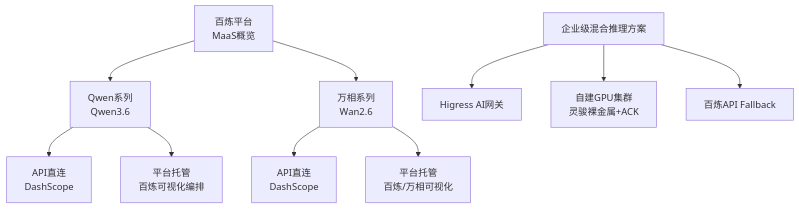
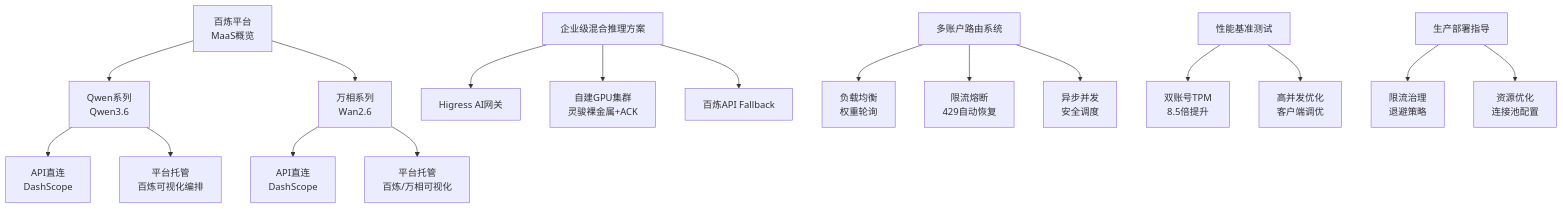
The first of 8 diagrams in .qoder/repowiki/zh/content/知识库组织结构/厂商知识库/阿里云知识库/MaaS（百炼平台）.md (EthanNiWorld/AI-Native-SA-2026), drawn with Mermaid before and after one commit. The commit also changed other lines of this file and 7 other files, not shown here.

````diff
--- a/.qoder/repowiki/zh/content/知识库组织结构/厂商知识库/阿里云知识库/MaaS（百炼平台）.md
+++ b/.qoder/repowiki/zh/content/知识库组织结构/厂商知识库/阿里云知识库/MaaS（百炼平台）.md
@@ -37,12 +56,19 @@
 ```mermaid
 graph TB
 A["百炼平台<br/>MaaS概览"] --> B["Qwen系列<br/>Qwen3.6"]
 A --> C["万相系列<br/>Wan2.6"]
 B --> B1["API直连<br/>DashScope"]
 B --> B2["平台托管<br/>百炼可视化编排"]
 C --> C1["API直连<br/>DashScope"]
 C --> C2["平台托管<br/>百炼/万相可视化"]
 D["企业级混合推理方案"] --> E["Higress AI网关"]
 D --> F["自建GPU集群<br/>灵骏裸金属+ACK"]
 D --> G["百炼API Fallback"]
+H["多账户路由系统"] --> I["负载均衡<br/>权重轮询"]
+H --> J["限流熔断<br/>429自动恢复"]
+H --> K["异步并发<br/>安全调度"]
+L["性能基准测试"] --> M["双账号TPM<br/>8.5倍提升"]
+L --> N["高并发优化<br/>客户端调优"]
+O["生产部署指导"] --> P["限流治理<br/>退避策略"]
+O --> Q["资源优化<br/>连接池配置"]
 ```
````
